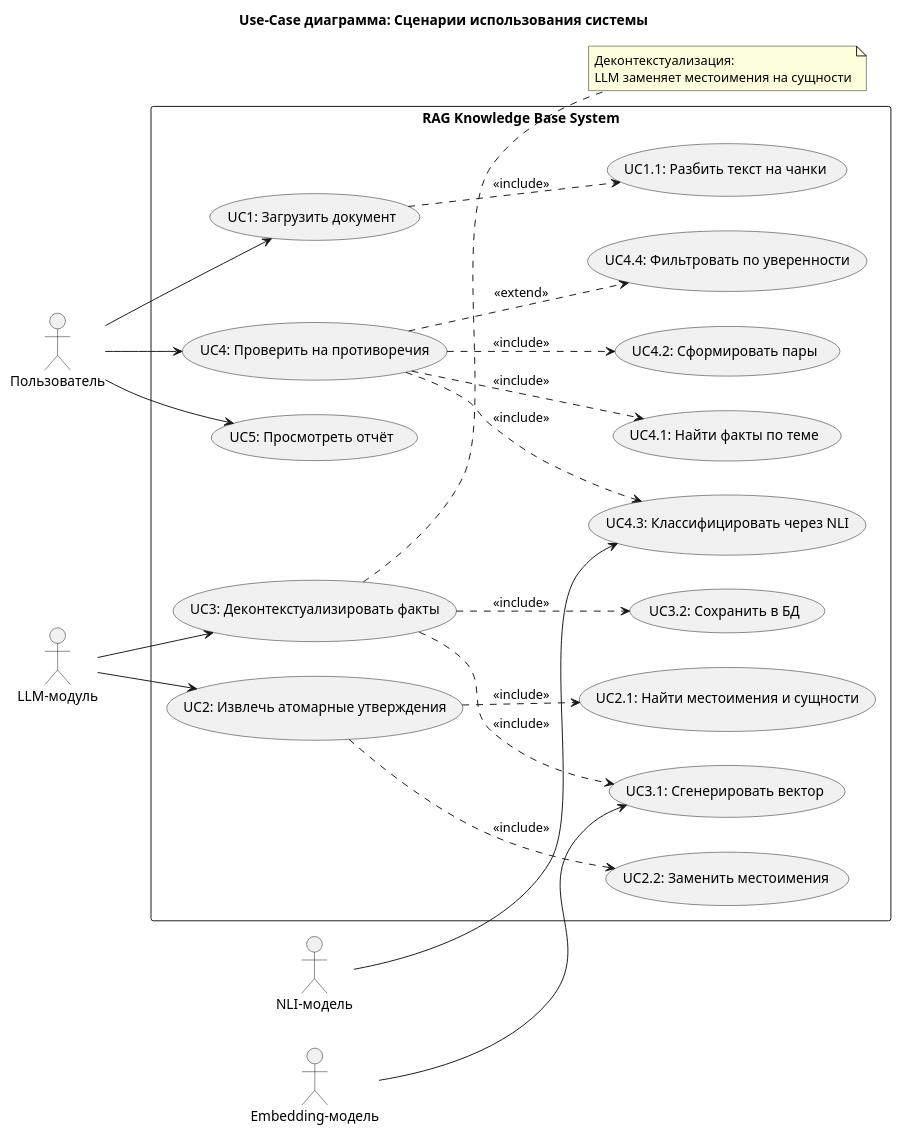
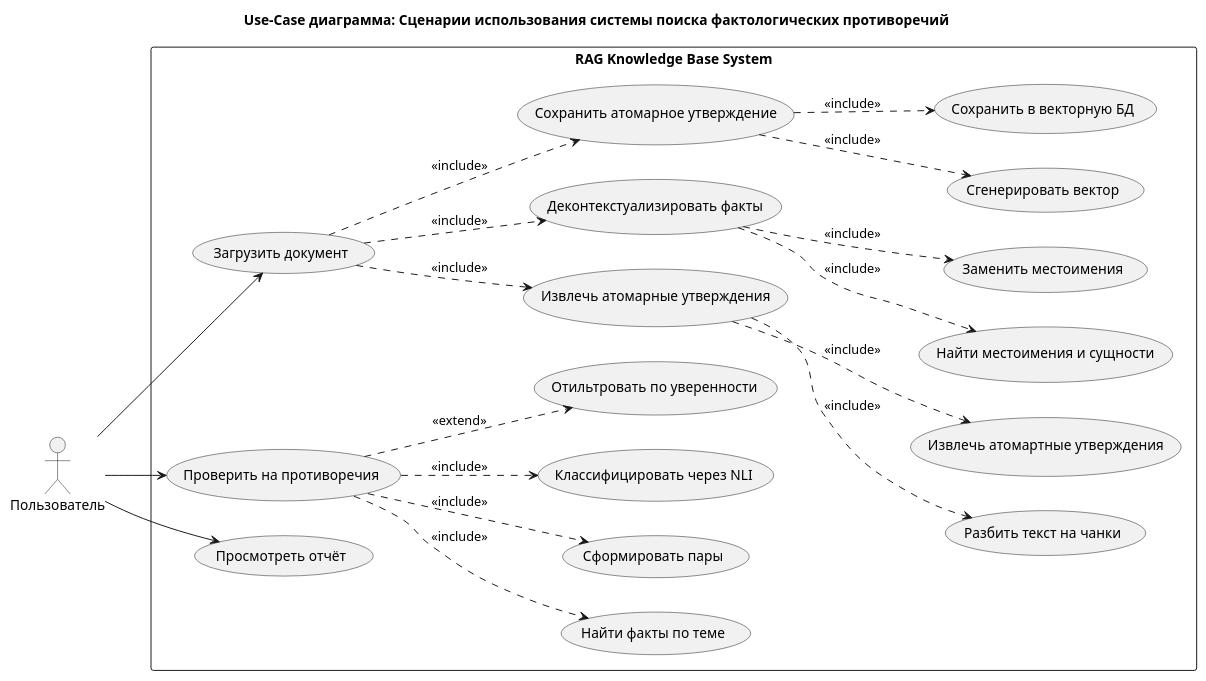
One commit to VashMyaKovski/course-project-2course changed the diagram in docs/diagrams/src/02_usecase_diagram.puml. Above: the diagram before and after it, drawn with PlantUML. The commit also changed 17 other files, not shown here.

Commit message:
Add diagrams to project

```diff
--- a/docs/diagrams/src/02_usecase_diagram.puml
+++ b/docs/diagrams/src/02_usecase_diagram.puml
@@ -1,54 +1,60 @@
 @startuml 02_usecase_diagram
-title "Use-Case диаграмма: Сценарии использования системы"
+title "Use-Case диаграмма: Сценарии использования системы поиска фактологических противоречий"
 
 left to right direction
 
 actor "Пользователь" as User
-actor "LLM-модуль" as LLM
-actor "Embedding-модель" as Embed
-actor "NLI-модель" as NLI
 
 rectangle "RAG Knowledge Base System" {
-  
-  usecase "UC1: Загрузить документ" as UC1
-  usecase "UC2: Извлечь атомарные утверждения" as UC2
-  usecase "UC3: Деконтекстуализировать факты" as UC3
-  usecase "UC4: Проверить на противоречия" as UC4
-  usecase "UC5: Просмотреть отчёт" as UC5
-  
-  usecase "UC1.1: Разбить текст на чанки" as UC1_1
-  usecase "UC2.1: Найти местоимения и сущности" as UC2_1
-  usecase "UC2.2: Заменить местоимения" as UC2_2
-  usecase "UC3.1: Сгенерировать вектор" as UC3_1
-  usecase "UC3.2: Сохранить в БД" as UC3_2
-  
-  usecase "UC4.1: Найти факты по теме" as UC4_1
-  usecase "UC4.2: Сформировать пары" as UC4_2
-  usecase "UC4.3: Классифицировать через NLI" as UC4_3
-  usecase "UC4.4: Фильтровать по уверенности" as UC4_4
-  
+
+  usecase "Загрузить документ" as UC1
+  usecase "Проверить на противоречия" as UC2
+  usecase "Просмотреть отчёт" as UC3
+
+  usecase "Извлечь атомарные утверждения" as UC1_1
+  usecase "Разбить текст на чанки" as UC1_1_1
+  usecase "Извлечь атомартные утверждения" as UC1_1_2
+  usecase "Деконтекстуализировать факты" as UC1_2
+  usecase "Найти местоимения и сущности" as UC1_2_1
+  usecase "Заменить местоимения" as UC1_2_2
+  usecase "Сохранить атомарное утверждение" as UC1_3
+  usecase "Сгенерировать вектор" as UC1_3_1
+  usecase "Сохранить в векторную БД" as UC1_3_2
+
+  usecase "Найти факты по теме" as UC2_1
+  usecase "Сформировать пары" as UC2_2
+  usecase "Классифицировать через NLI" as UC2_3
+  usecase "Отильтровать по уверенности" as UC2_4
+
   UC1 ..> UC1_1 : <<include>>
+  UC1 ..> UC1_2 : <<include>>
+  UC1 ..> UC1_3 : <<include>>
+
   UC2 ..> UC2_1 : <<include>>
   UC2 ..> UC2_2 : <<include>>
-  UC3 ..> UC3_1 : <<include>>
-  UC3 ..> UC3_2 : <<include>>
-  UC4 ..> UC4_1 : <<include>>
-  UC4 ..> UC4_2 : <<include>>
-  UC4 ..> UC4_3 : <<include>>
-  UC4 ..> UC4_4 : <<extend>>
+  UC2 ..> UC2_3 : <<include>>
+  UC2 ..> UC2_4 : <<extend>>
+
+  UC1_1 ..> UC1_1_1 : <<include>>
+  UC1_1 ..> UC1_1_2 : <<include>>
+  UC1_2 ..> UC1_2_1 : <<include>>
+  UC1_2 ..> UC1_2_2 : <<include>>
+  UC1_3 ..> UC1_3_1 : <<include>>
+  UC1_3 ..> UC1_3_2 : <<include>>
+
+  ' UC1 ..> UC1_1 : <<include>>
+  ' UC2 ..> UC2_1 : <<include>>
+  ' UC2 ..> UC2_2 : <<include>>
+  ' UC3 ..> UC3_1 : <<include>>
+  ' UC3 ..> UC3_2 : <<include>>
+  ' UC4 ..> UC4_1 : <<include>>
+  ' UC4 ..> UC4_2 : <<include>>
+  ' UC4 ..> UC4_3 : <<include>>
+  ' UC4 ..> UC4_4 : <<extend>>
 }
 
 User --> UC1
-User --> UC4
-User --> UC5
-LLM --> UC2
-LLM --> UC3
-Embed --> UC3_1
-NLI --> UC4_3
-
-note right of UC3
-  Деконтекстуализация:
-  LLM заменяет местоимения на сущности
-end note
+User --> UC2
+User --> UC3
 
 @enduml
```
